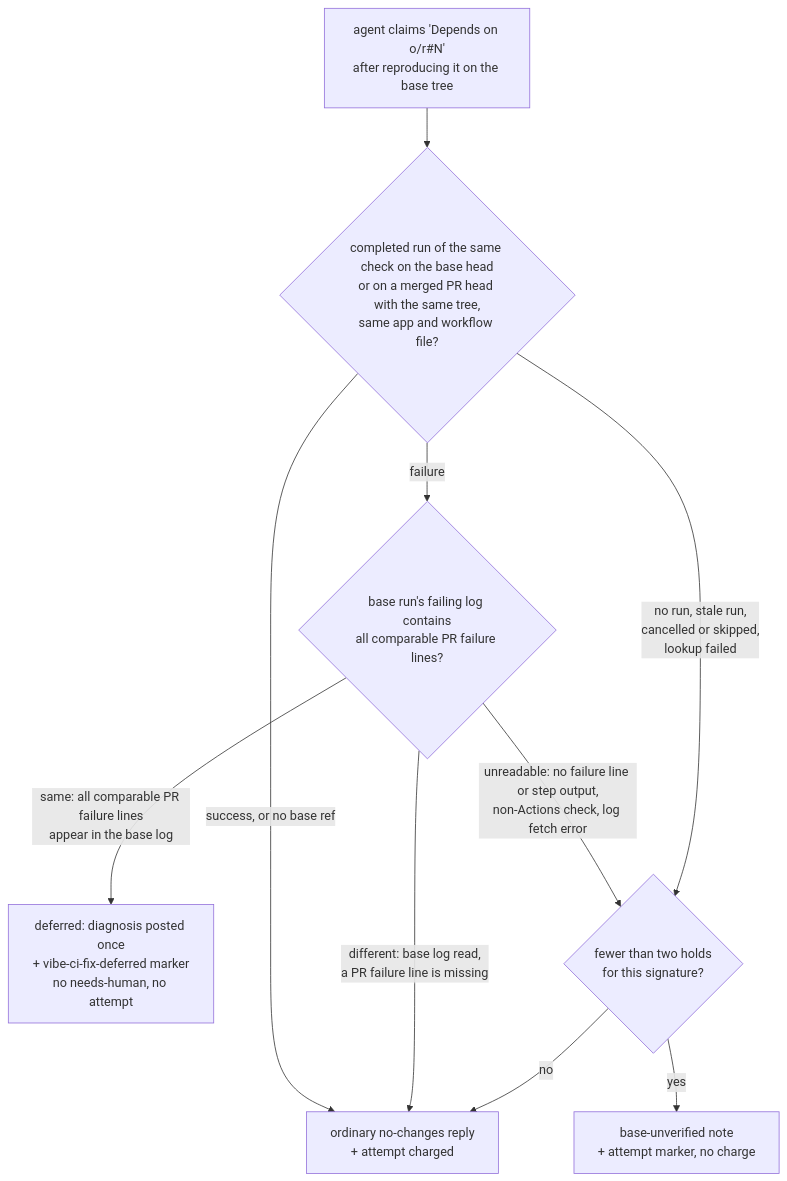
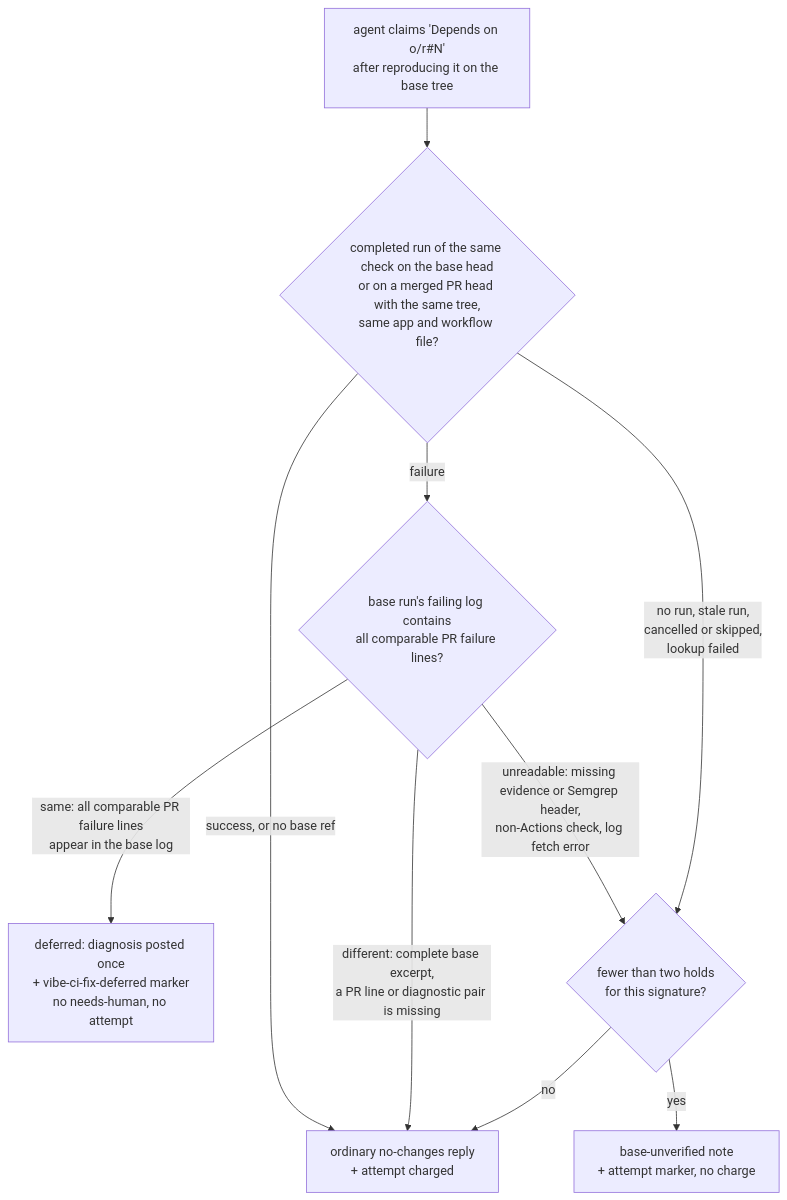
One commit to stSoftwareAU/VibeCoder changed the sixth of 8 diagrams in docs/workflows/ci-fix.md. Above: the diagram before and after it, drawn with Mermaid. The commit also changed other lines of this file and 5 other files, not shown here.

````diff
--- a/docs/workflows/ci-fix.md
+++ b/docs/workflows/ci-fix.md
@@ -701,12 +701,12 @@
 ```mermaid
 flowchart TD
     A["agent claims 'Depends on o/r#N'<br/>after reproducing it on the base tree"] --> E{"completed run of the same check on the base head<br/>or on a merged PR head with the same tree,<br/>same app and workflow file?"}
     E -->|"success, or no base ref"| O["ordinary no-changes reply<br/>+ attempt charged"]
     E -->|"failure"| L{"base run's failing log contains<br/>all comparable PR failure lines?"}
     L -->|"same: all comparable PR failure lines<br/>appear in the base log"| R["deferred: diagnosis posted once<br/>+ vibe-ci-fix-deferred marker<br/>no needs-human, no attempt"]
-    L -->|"different: base log read,<br/>a PR failure line is missing"| O
-    L -->|"unreadable: no failure line or step output,<br/>non-Actions check, log fetch error"| H{"fewer than two holds<br/>for this signature?"}
+    L -->|"different: complete base excerpt,<br/>a PR line or diagnostic pair is missing"| O
+    L -->|"unreadable: missing evidence or Semgrep header,<br/>non-Actions check, log fetch error"| H{"fewer than two holds<br/>for this signature?"}
     E -->|"no run, stale run,<br/>cancelled or skipped,<br/>lookup failed"| H
     H -->|yes| U["base-unverified note<br/>+ attempt marker, no charge"]
     H -->|no| O
 ```
````
